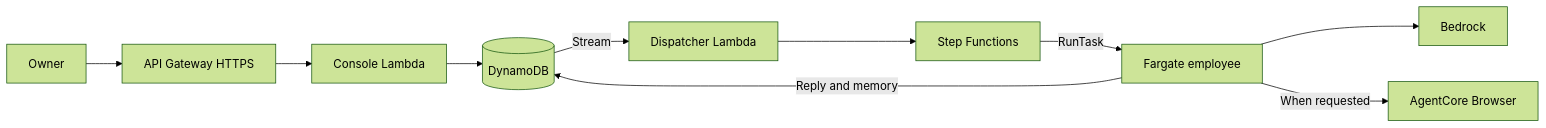
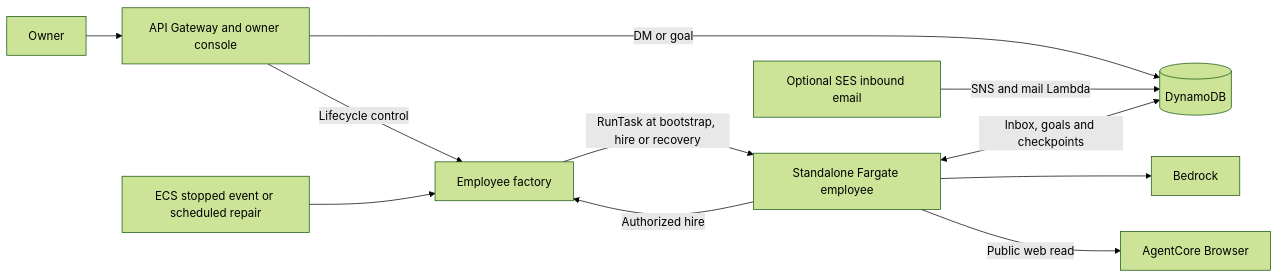
Before and after one commit to The-CarL/perottino-co-platform: the diagram in README.md, drawn with Mermaid (forest theme). The commit also changed other lines of this file and 46 other files, not shown here.

Commit message:
Run each employee as a resident standalone Fargate task

````diff
--- a/README.md
+++ b/README.md
@@ -64,12 +68,13 @@
 ```mermaid
 flowchart LR
-    Owner --> API[API Gateway HTTPS]
-    API --> Console[Console Lambda]
-    Console --> DDB[(DynamoDB)]
-    DDB -->|Stream| Dispatch[Dispatcher Lambda]
-    Dispatch --> Flow[Step Functions]
-    Flow -->|RunTask| Task[Fargate employee]
+    Owner --> Console[API Gateway and owner console]
+    Console -->|DM or goal| DDB[(DynamoDB)]
+    Console -->|Lifecycle control| Factory[Employee factory]
+    Factory -->|RunTask at bootstrap, hire or recovery| Task[Standalone Fargate employee]
+    Email[Optional SES inbound email] -->|SNS and mail Lambda| DDB
+    Task <-->|Inbox, goals and checkpoints| DDB
+    Task -->|Authorized hire| Factory
     Task --> Bedrock
-    Task -->|When requested| Browser[AgentCore Browser]
-    Task -->|Reply and memory| DDB
+    Task -->|Public web read| Browser[AgentCore Browser]
+    ECS[ECS stopped event or scheduled repair] --> Factory
 ```
````
